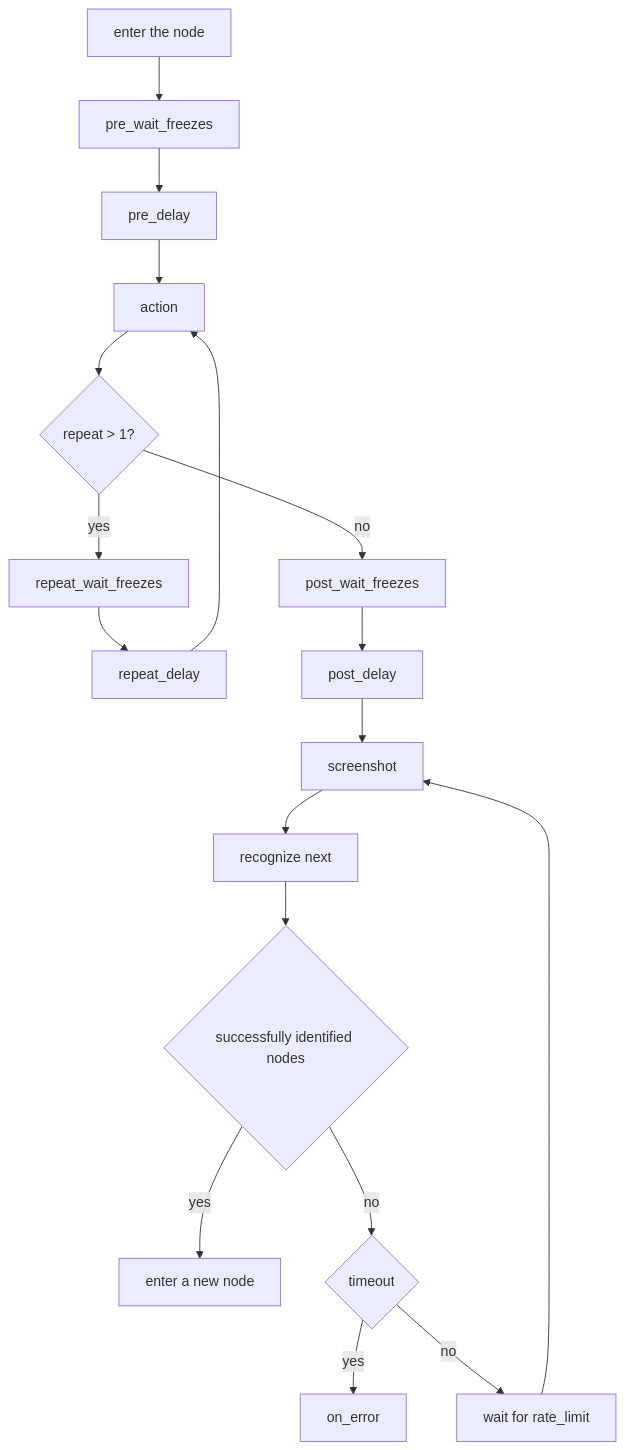
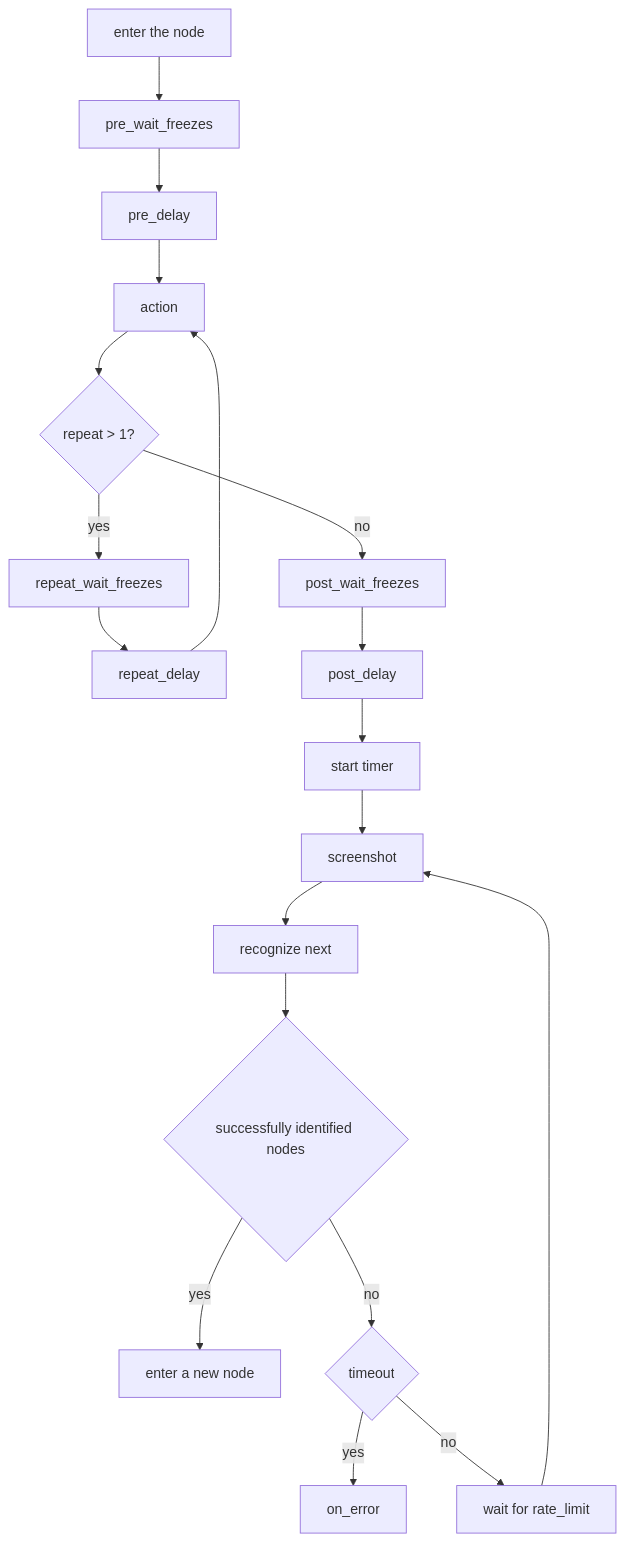
Before and after one commit to MaaXYZ/MaaFramework: the third of 4 diagrams in docs/en_us/3.1-PipelineProtocol.md, drawn with Mermaid. The commit also changed other lines of this file and 1 other file, not shown here.

````diff
--- a/docs/en_us/3.1-PipelineProtocol.md
+++ b/docs/en_us/3.1-PipelineProtocol.md
@@ -231,20 +231,21 @@
 ```mermaid
     graph TB
         A[enter the node] --> B[pre_wait_freezes]
         B --> C[pre_delay]
         C --> D[action]
         D --> M{repeat > 1?}
         M -->|yes| N[repeat_wait_freezes]
         N --> O[repeat_delay]
         O --> D
         M -->|no| E[post_wait_freezes]
         E --> F[post_delay]
-        F --> P[screenshot]
+        F --> Q[start timer]
+        Q --> P[screenshot]
         P --> G[recognize next]
         G --> H{successfully identified nodes}
         H -->|yes| I[enter a new node]
         H -->|no| J{timeout}
         J -->|yes| K[on_error]
         J -->|no| L[wait for rate_limit]
         L --> P
 ```
````
